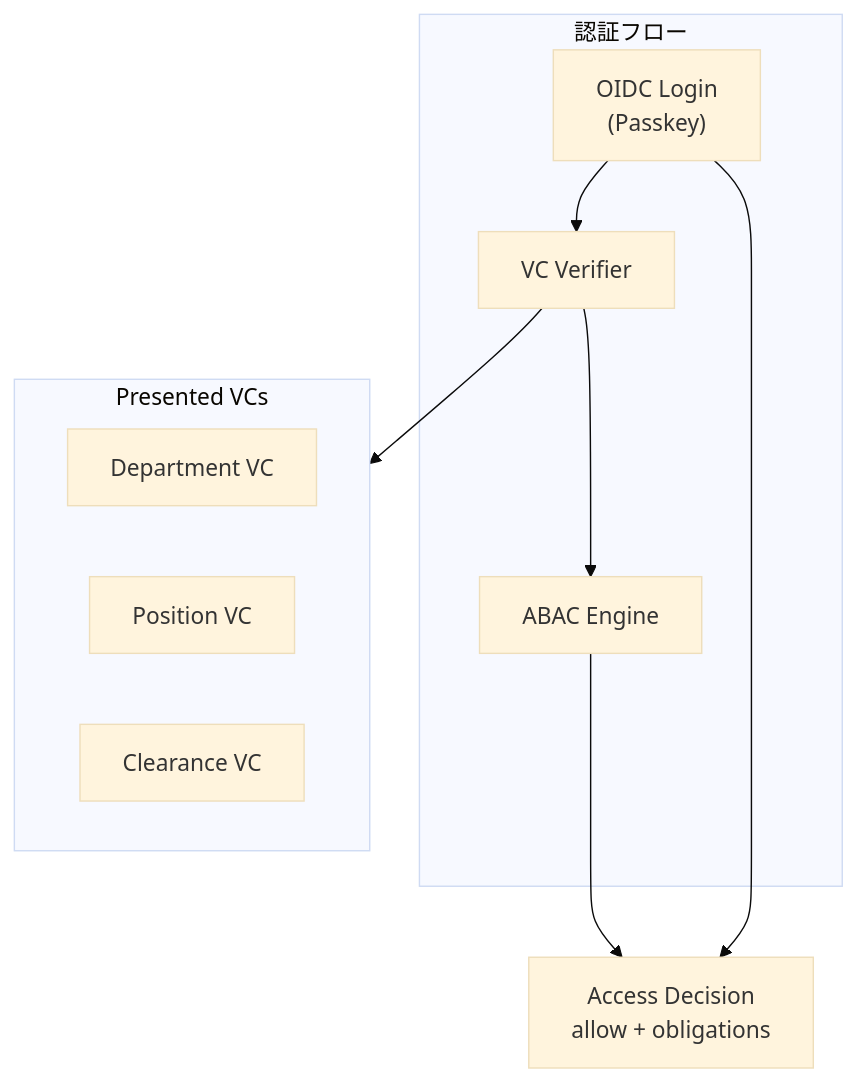
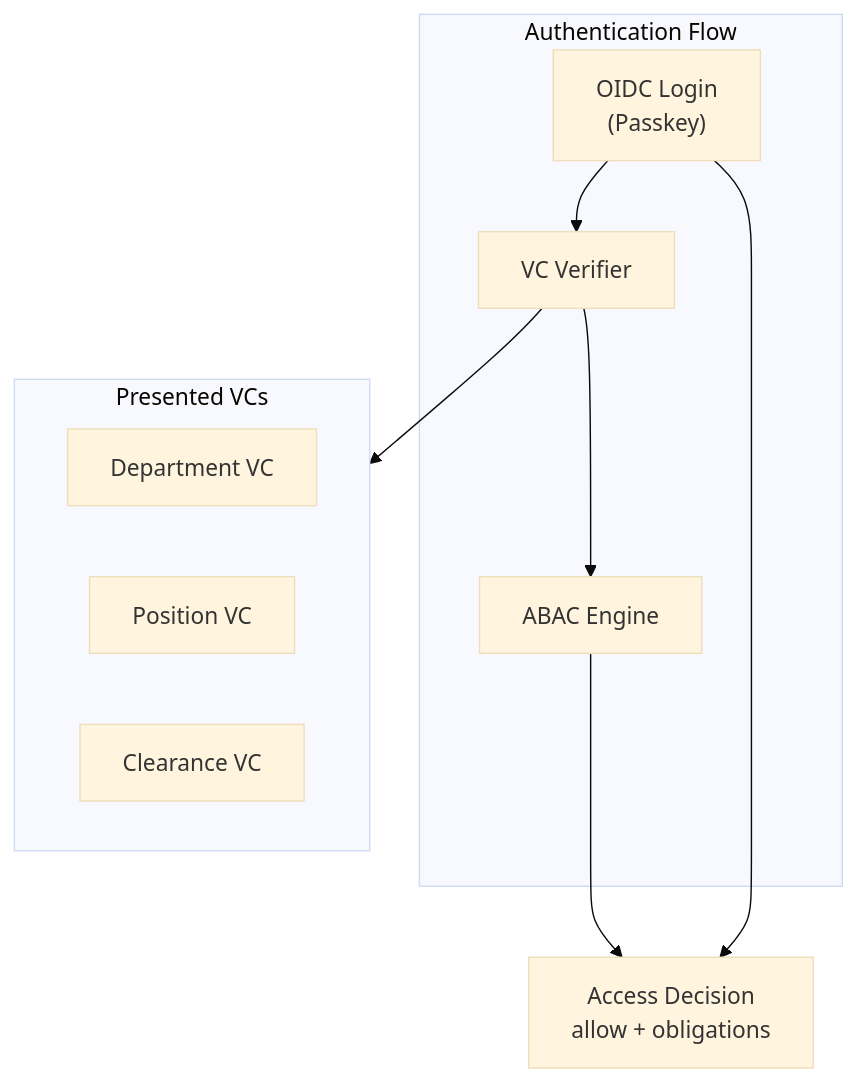
Before and after one commit to sgrastar/authrim: diagram 14 of 16 in docs/project-management/RBAC_USE_CASES.md, drawn with Mermaid (base theme). The commit also changed other lines of this file and 28 other files, not shown here.

````diff
--- a/docs/project-management/RBAC_USE_CASES.md
+++ b/docs/project-management/RBAC_USE_CASES.md
@@ -889,22 +889,22 @@
 ```mermaid
 flowchart TB
-    subgraph Auth["認証フロー"]
+    subgraph Auth["Authentication Flow"]
         OIDC["OIDC Login<br/>(Passkey)"]
         Verifier["VC Verifier"]
         ABAC["ABAC Engine"]
         OIDC --> Verifier --> ABAC
     end
 
     subgraph VCs["Presented VCs"]
         Dept["Department VC"]
         Pos["Position VC"]
         Clear["Clearance VC"]
     end
 
     Verifier --> VCs
 
     OIDC --> Decision
     ABAC --> Decision
 
     Decision["Access Decision<br/>allow + obligations"]
 ```
````
